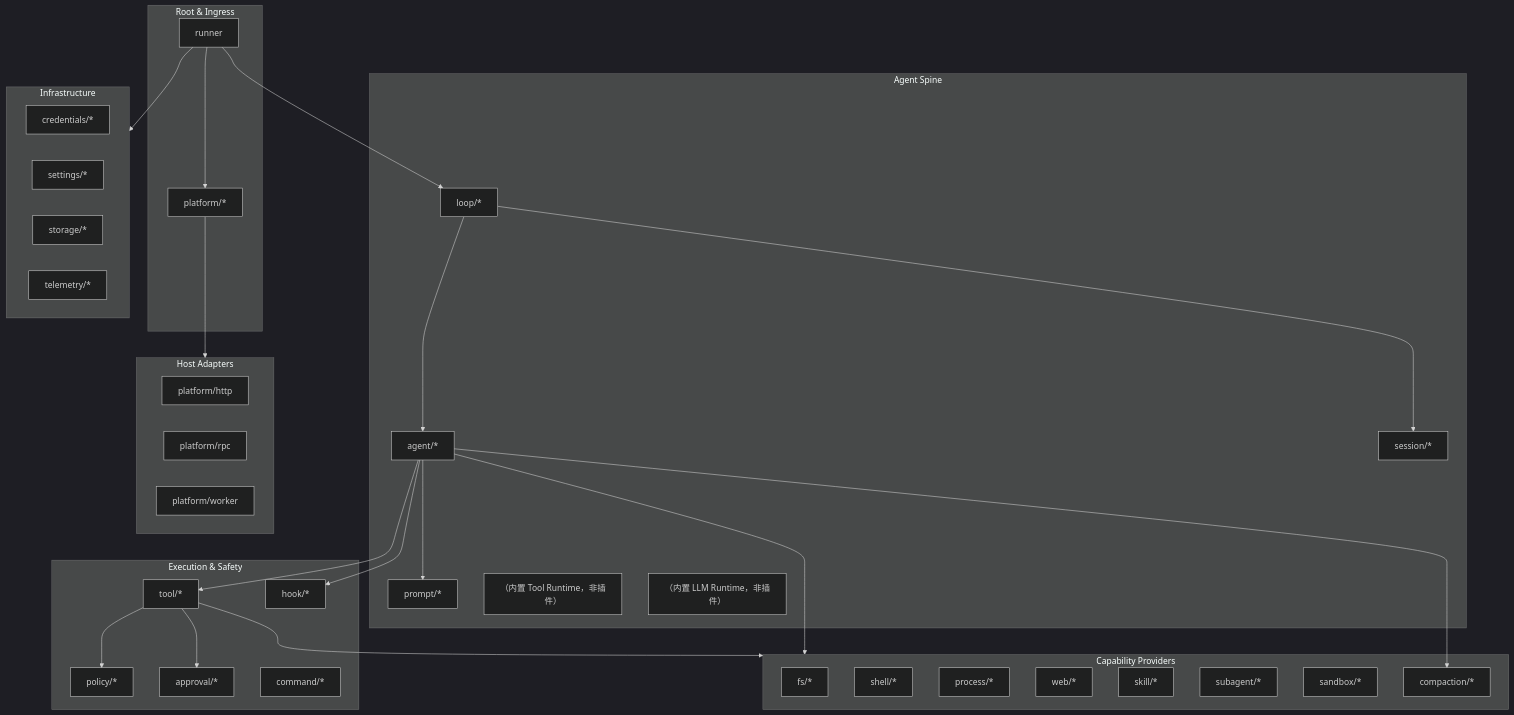
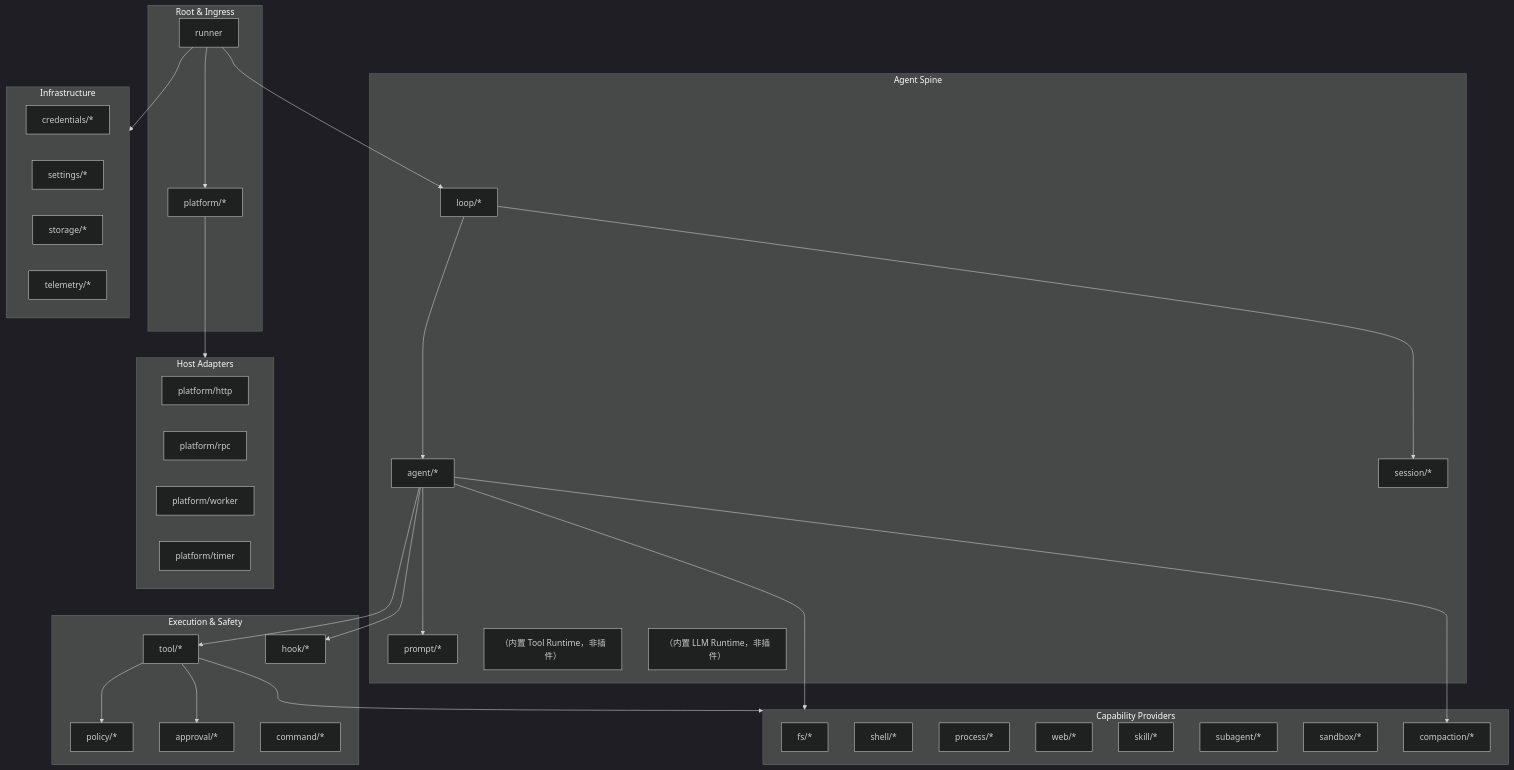
One commit to lengzhao/agentkit changed the diagram in docs/plugin-catalog.zh.md. Above: the diagram before and after it, drawn with Mermaid (dark theme). The commit also changed other lines of this file and 67 other files, not shown here.

````diff
--- a/docs/plugin-catalog.zh.md
+++ b/docs/plugin-catalog.zh.md
@@ -24,63 +24,64 @@
 ```mermaid
 flowchart TB
   subgraph root ["Root & Ingress"]
     Runner["runner"]
     Platform["platform/*"]
   end
 
   subgraph spine ["Agent Spine"]
     Loop["loop/*"]
     Agent["agent/*"]
     Session["session/*"]
     Prompt["prompt/*"]
     ToolsRT["（内置 Tool Runtime，非插件）"]
     LLMRT["（内置 LLM Runtime，非插件）"]
   end
 
   subgraph exec ["Execution & Safety"]
     Tool["tool/*"]
     Policy["policy/*"]
     Hook["hook/*"]
     Approval["approval/*"]
     Command["command/*"]
   end
 
   subgraph cap ["Capability Providers"]
     FS["fs/*"]
     Shell["shell/*"]
     Process["process/*"]
     Web["web/*"]
     Skill["skill/*"]
     Subagent["subagent/*"]
     Sandbox["sandbox/*"]
     Compaction["compaction/*"]
   end
 
   subgraph infra ["Infrastructure"]
     Credentials["credentials/*"]
     Settings["settings/*"]
     Storage["storage/*"]
     Telemetry["telemetry/*"]
   end
 
   subgraph host ["Host Adapters"]
     HTTP["platform/http"]
     RPC["platform/rpc"]
     Worker["platform/worker"]
+    Timer["platform/timer"]
   end
 
   Runner --> Platform
   Runner --> Loop
   Loop --> Agent
   Loop --> Session
   Agent --> Prompt
   Agent --> Tool
   Agent --> cap
   Tool --> cap
   Tool --> Policy
   Tool --> Approval
   Agent --> Hook
   Agent --> Compaction
   Runner --> infra
   Platform --> host
 ```
````
